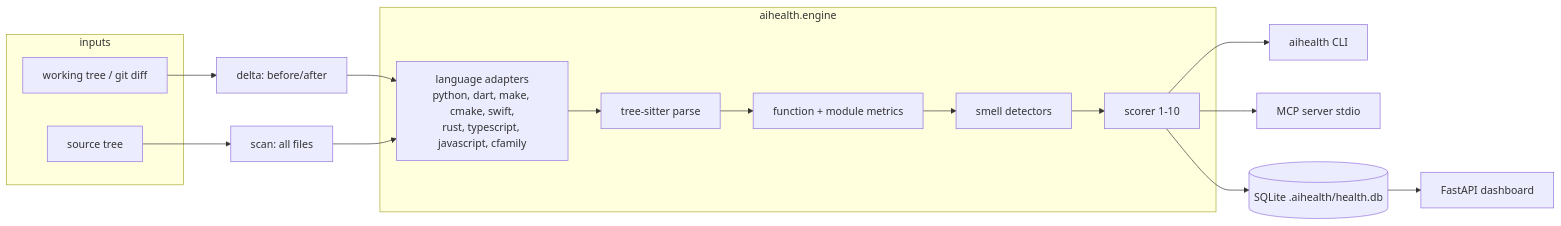
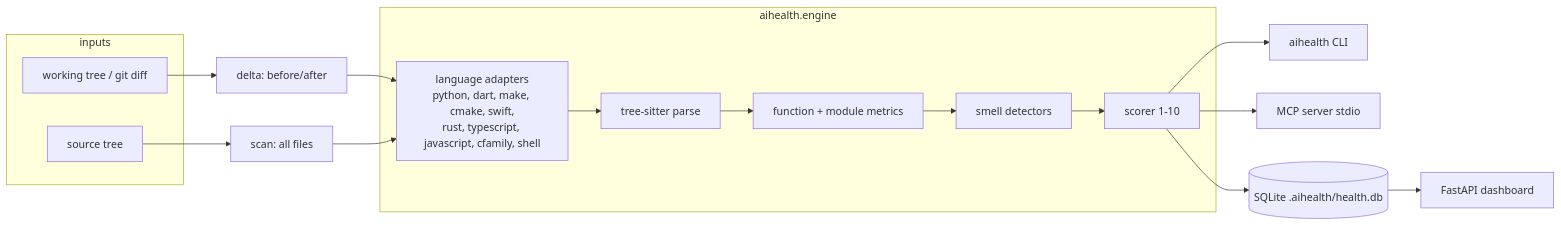
One commit to epatel/ai-health changed the diagram in cards/architecture.md. Above: the diagram before and after it, drawn with Mermaid. The commit also changed other lines of this file and 20 other files, not shown here.

First line of the commit message:
Add shell script language adapter (M19)

````diff
--- a/cards/architecture.md
+++ b/cards/architecture.md
@@ -7,23 +7,23 @@
 ```mermaid
 flowchart LR
     subgraph inputs
         WT[working tree / git diff]
         REPO[source tree]
     end
     subgraph engine["aihealth.engine"]
-        LANG[language adapters<br/>python, dart, make, cmake, swift,<br/>rust, typescript, javascript, cfamily]
+        LANG[language adapters<br/>python, dart, make, cmake, swift,<br/>rust, typescript, javascript, cfamily, shell]
         TS[tree-sitter parse]
         MET[function + module metrics]
         SM[smell detectors]
         SC[scorer 1-10]
     end
     WT --> DELTA[delta: before/after]
     REPO --> SCAN[scan: all files]
     DELTA --> LANG
     SCAN --> LANG
     LANG --> TS --> MET --> SM --> SC
     SC --> CLI[aihealth CLI]
     SC --> MCP[MCP server stdio]
     SC --> DB[(SQLite .aihealth/health.db)]
     DB --> WEB[FastAPI dashboard]
 ```
````
